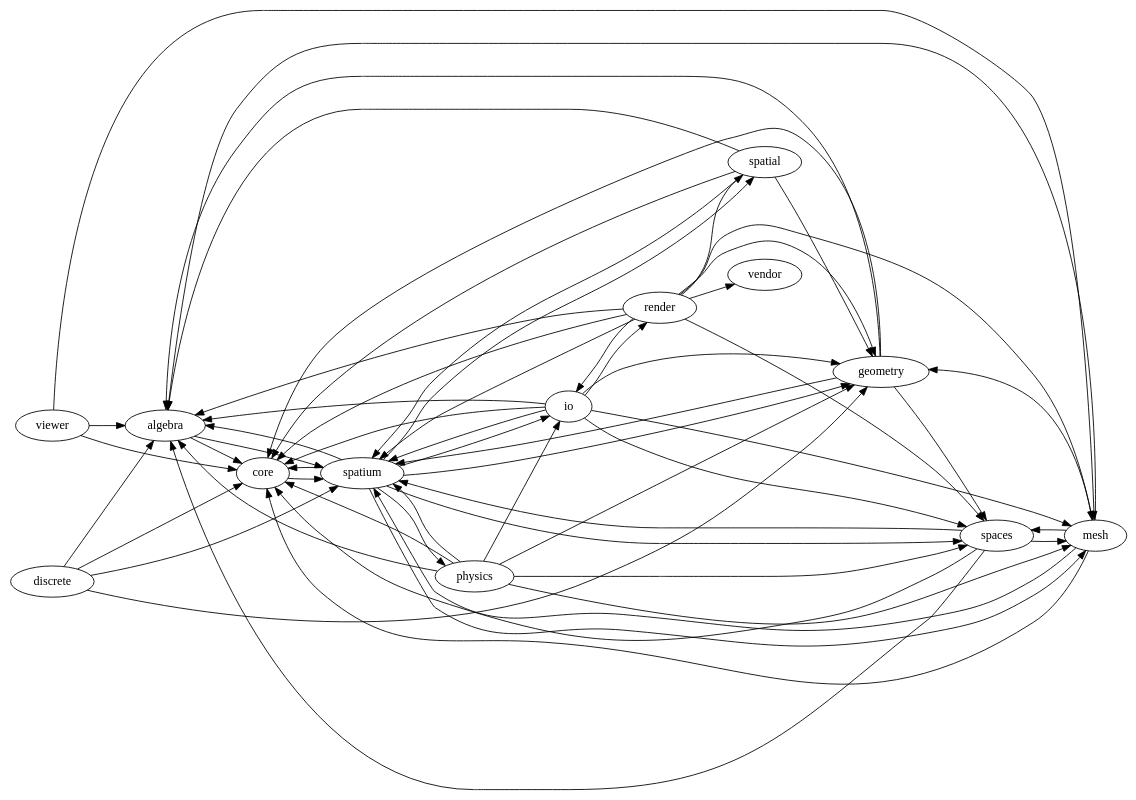
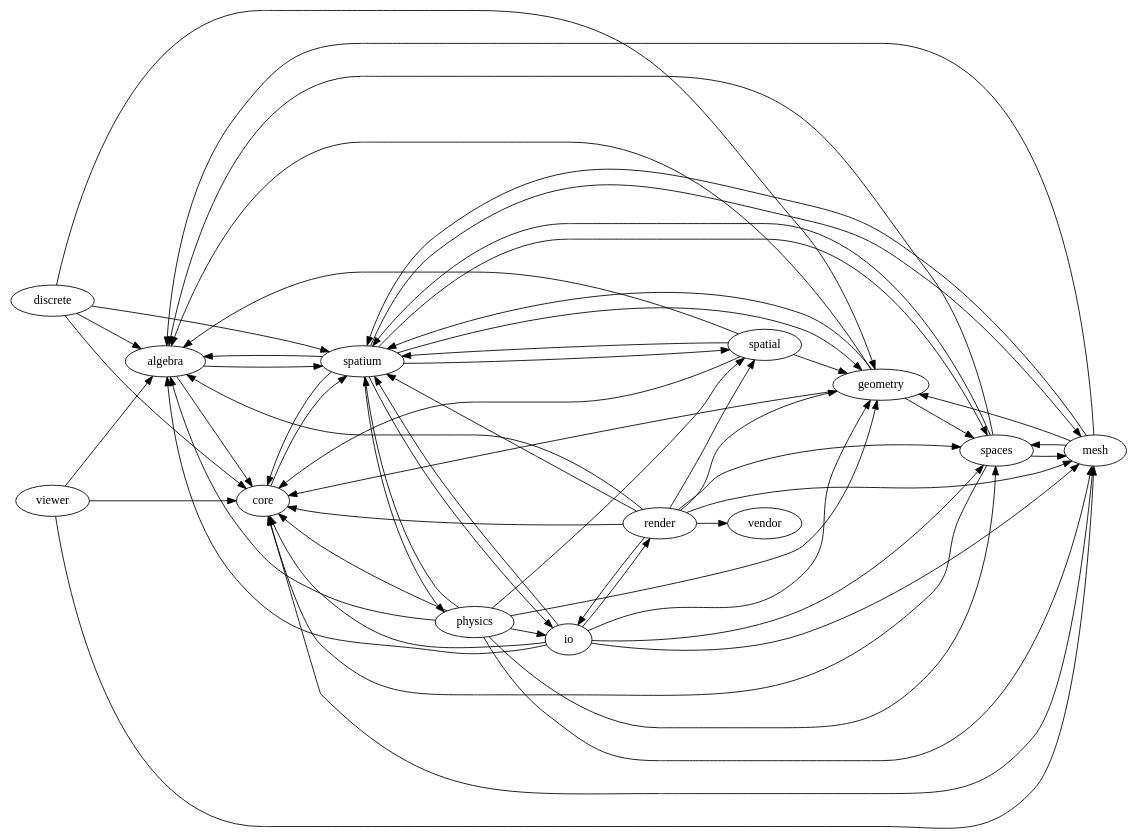
One commit to Vaniell0/spatium changed the diagram in docs/dependency-graph.dot. Above: the diagram before and after it, drawn with Graphviz. The commit also changed 3 other files, not shown here.

First line of the commit message:
CCD: a chart is searched over parameters x time, not only advanced

```diff
--- a/docs/dependency-graph.dot
+++ b/docs/dependency-graph.dot
@@ -1,61 +1,62 @@
 digraph spatium_dependencies {
     rankdir=LR;
     "algebra" -> "core";
     "algebra" -> "spatium";
     "core" -> "spatium";
     "discrete" -> "algebra";
     "discrete" -> "core";
     "discrete" -> "geometry";
     "discrete" -> "spatium";
     "geometry" -> "algebra";
     "geometry" -> "core";
     "geometry" -> "spaces";
     "geometry" -> "spatium";
     "io" -> "algebra";
     "io" -> "core";
     "io" -> "geometry";
     "io" -> "mesh";
     "io" -> "render";
     "io" -> "spaces";
     "io" -> "spatium";
     "mesh" -> "algebra";
     "mesh" -> "core";
     "mesh" -> "geometry";
     "mesh" -> "spaces";
     "mesh" -> "spatium";
     "physics" -> "algebra";
     "physics" -> "core";
     "physics" -> "geometry";
     "physics" -> "io";
     "physics" -> "mesh";
     "physics" -> "spaces";
+    "physics" -> "spatial";
     "physics" -> "spatium";
     "render" -> "algebra";
     "render" -> "core";
     "render" -> "geometry";
     "render" -> "io";
     "render" -> "mesh";
     "render" -> "spaces";
     "render" -> "spatial";
     "render" -> "spatium";
     "render" -> "vendor";
     "spaces" -> "algebra";
     "spaces" -> "core";
     "spaces" -> "mesh";
     "spaces" -> "spatium";
     "spatial" -> "algebra";
     "spatial" -> "core";
     "spatial" -> "geometry";
     "spatial" -> "spatium";
     "spatium" -> "algebra";
     "spatium" -> "core";
     "spatium" -> "geometry";
     "spatium" -> "io";
     "spatium" -> "mesh";
     "spatium" -> "physics";
     "spatium" -> "spaces";
     "spatium" -> "spatial";
     "viewer" -> "algebra";
     "viewer" -> "core";
     "viewer" -> "mesh";
 }
```
